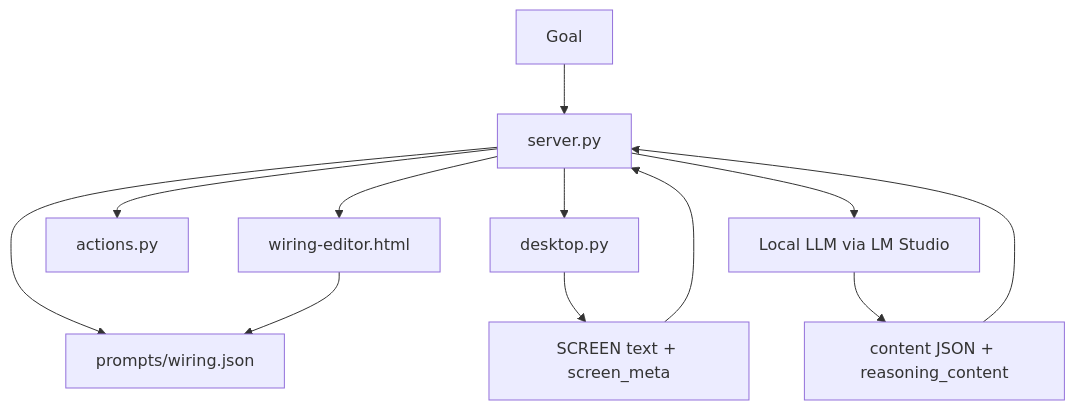
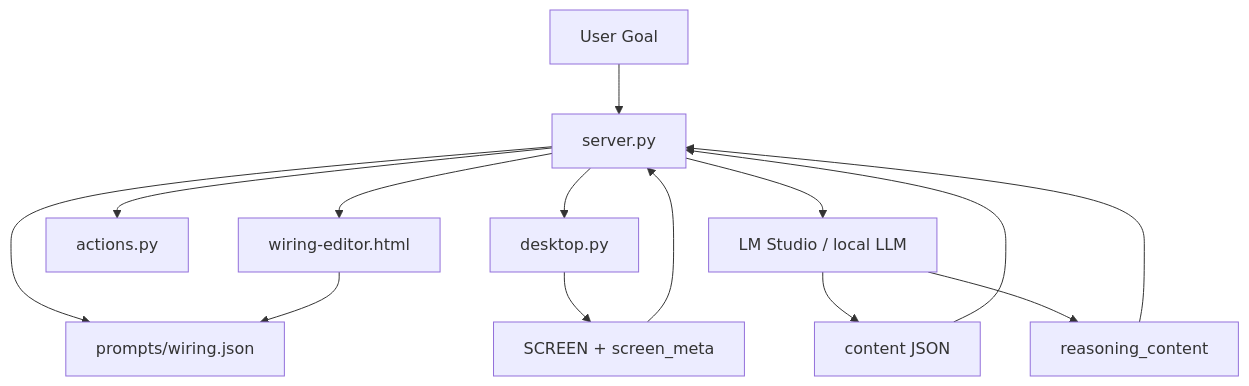
Before and after one commit to wgabrys88/endgame-ai: the first of 2 diagrams in README.md, drawn with Mermaid. The commit also changed other lines of this file, not shown here.

````diff
--- a/README.md
+++ b/README.md
@@ -89,14 +112,16 @@
 ```mermaid
 graph TD
-    User[Goal] --> Server[server.py]
+    Goal[User Goal] --> Server[server.py]
     Server --> Wiring[prompts/wiring.json]
     Server --> Desktop[desktop.py]
     Server --> Actions[actions.py]
-    Server --> LLM[Local LLM via LM Studio]
-    Desktop --> Screen[SCREEN text + screen_meta]
+    Server --> LLM[LM Studio / local LLM]
+    Desktop --> Screen[SCREEN + screen_meta]
     Screen --> Server
-    LLM --> Decision[content JSON + reasoning_content]
-    Decision --> Server
+    LLM --> JSON[content JSON]
+    LLM --> Reasoning[reasoning_content]
+    JSON --> Server
+    Reasoning --> Server
     Server --> Workbench[wiring-editor.html]
     Workbench --> Wiring
 ```
````
